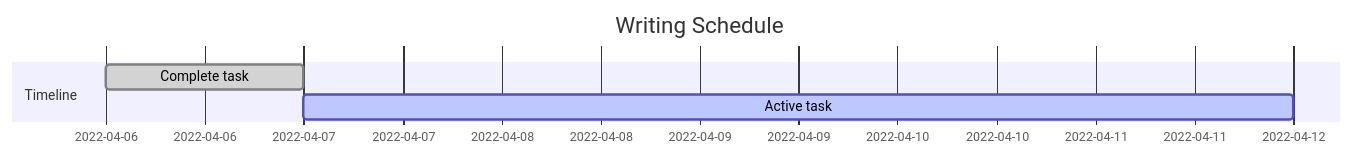
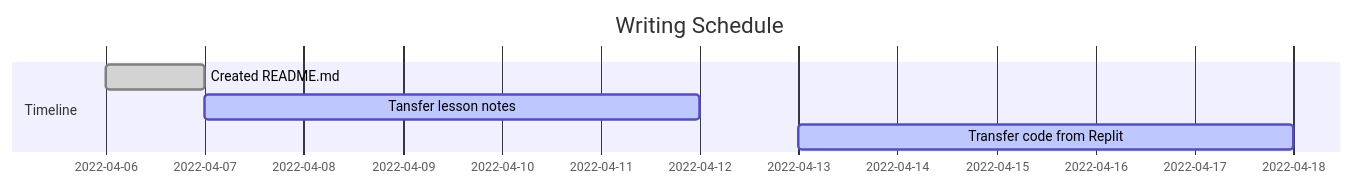
One commit to ahmad-buhari/python-basics changed the diagram in README.md. Above: the diagram before and after it, drawn with Mermaid.

Commit message:
testing mermaid gantt

````diff
--- a/README.md
+++ b/README.md
@@ -9,9 +9,10 @@
 ```mermaid
       gantt
       dateFormat YYYY-MM-DD
       title Writing Schedule
       
       Section Timeline
-      Complete task     :done,      de1, 2022-04-06, 2022-04-07
-      Active task       :active,    des2, 2022-04-07, 5d
+      Created README.md     :done,      de1, 2022-04-06, 2022-04-07
+      Tansfer lesson notes       :active,    des2, 2022-04-07, 5d
+      Transfer code from Replit     : active, des3, 2022-04-13, 5d
 ```
````
